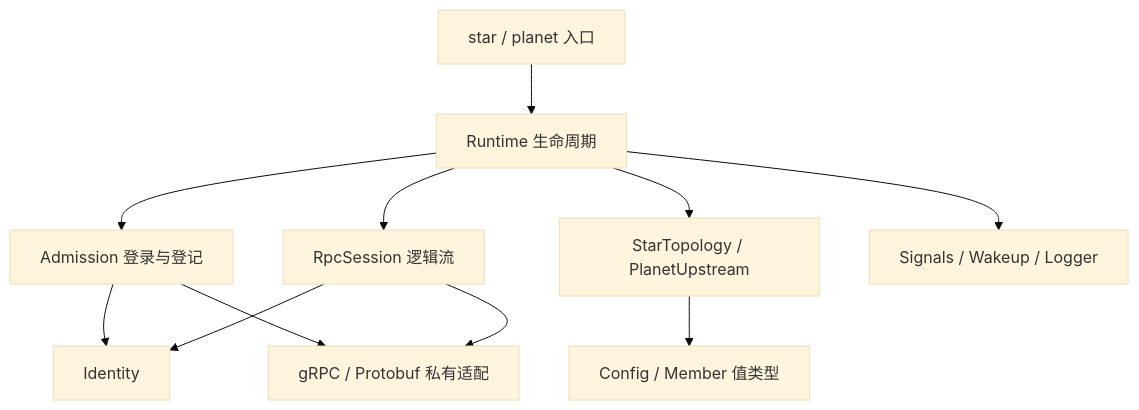
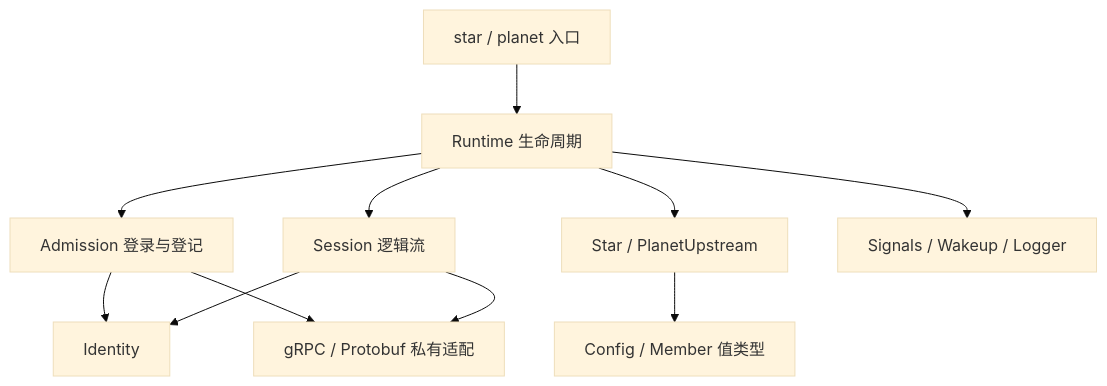
The diagram in astra/CONTRIBUTING.md (eosforge/verdandi), drawn with Mermaid (base theme) before and after one commit. The commit also changed other lines of this file and 81 other files, not shown here.

````diff
--- a/astra/CONTRIBUTING.md
+++ b/astra/CONTRIBUTING.md
@@ -48,13 +50,13 @@
 ```mermaid
 flowchart TD
     E[star / planet 入口] --> R[Runtime 生命周期]
     R --> A[Admission 登录与登记]
-    R --> S[RpcSession 逻辑流]
-    R --> P[StarTopology / PlanetUpstream]
+    R --> S[Session 逻辑流]
+    R --> P[Star / PlanetUpstream]
     R --> O[Signals / Wakeup / Logger]
     A --> I[Identity]
     S --> I
     A --> G[gRPC / Protobuf 私有适配]
     S --> G
     P --> V[Config / Member 值类型]
 ```
````
